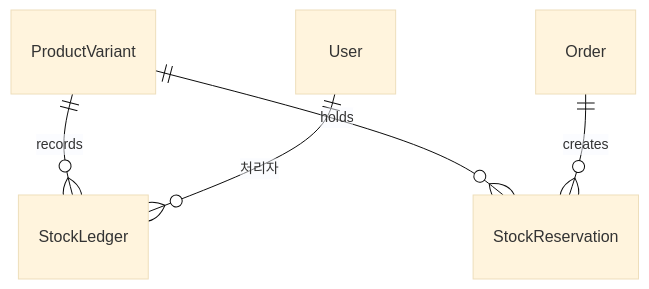
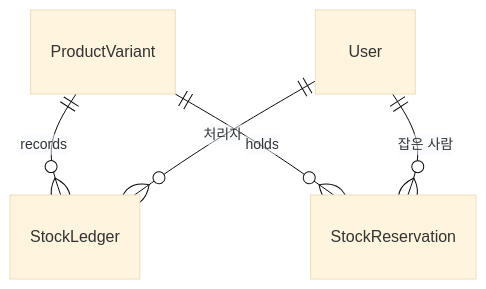
One commit to presentY1897/demo-shopping changed the third of 9 diagrams in docs/design/erd.md. Above: the diagram before and after it, drawn with Mermaid (base theme). The commit also changed other lines of this file and 6 other files, not shown here.

````diff
--- a/docs/design/erd.md
+++ b/docs/design/erd.md
@@ -268,7 +268,7 @@
 ```mermaid
 erDiagram
     ProductVariant ||--o{ StockLedger : records
     ProductVariant ||--o{ StockReservation : holds
-    Order ||--o{ StockReservation : creates
+    User ||--o{ StockReservation : "잡은 사람"
     User ||--o{ StockLedger : "처리자"
 ```
````
